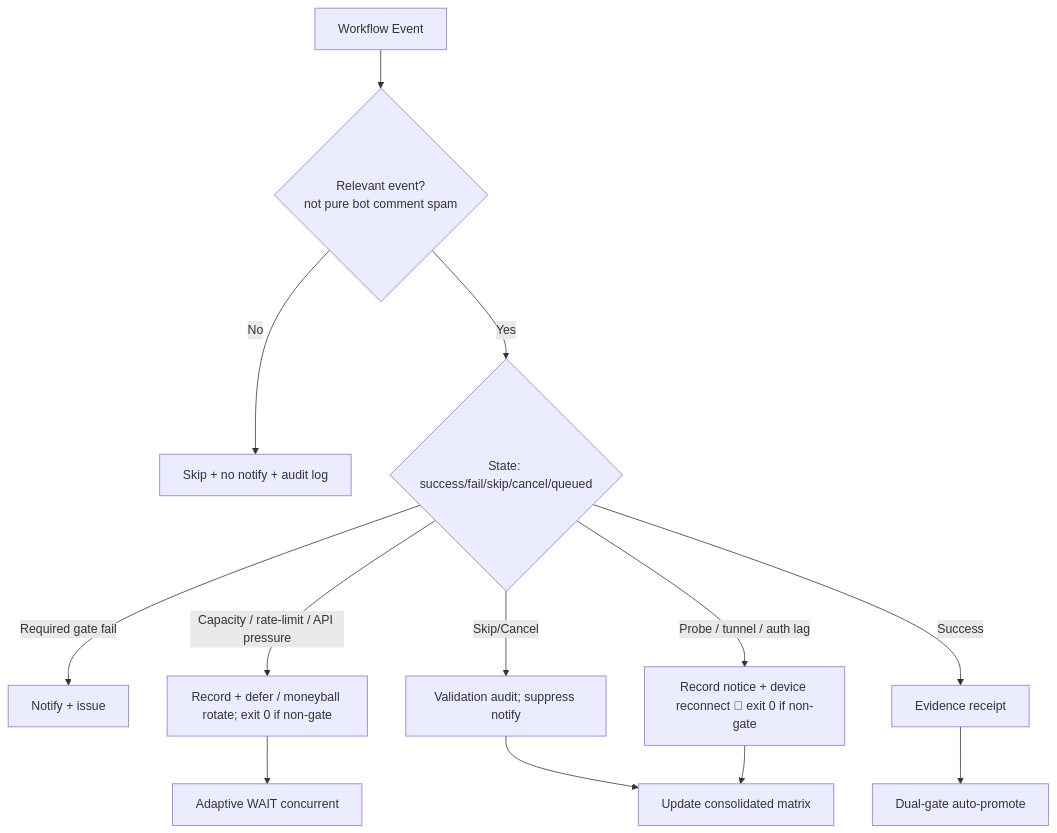
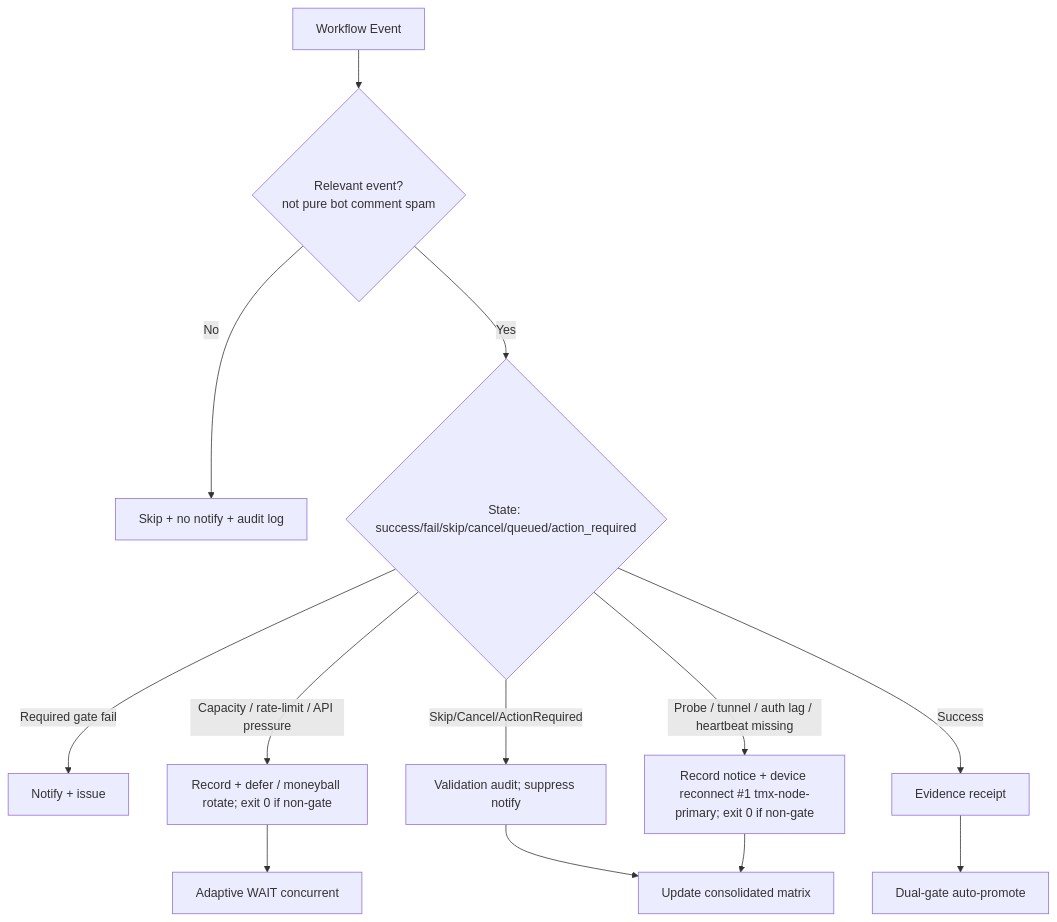
The diagram in docs/ops/ACTIONS-CONSOLIDATED-MATRIX-2026-10-21.md (timerloggedout-spec/termux-monorepo), drawn with Mermaid before and after one commit. The commit also changed other lines of this file, not shown here.

Commit message:
ops(matrix): live refresh 2026-10-24T16:00Z — Auth Canary heartbeat residual classified as device lag (exit 0 path), skip/action_required audits retained, Pinggy #1 requirement

````diff
--- a/docs/ops/ACTIONS-CONSOLIDATED-MATRIX-2026-10-21.md
+++ b/docs/ops/ACTIONS-CONSOLIDATED-MATRIX-2026-10-21.md
@@ -40,15 +40,15 @@
 ```mermaid
 flowchart TD
   Event[Workflow Event] --> Filter{Relevant event?<br/>not pure bot comment spam}
   Filter -->|No| Skip[Skip + no notify + audit log]
-  Filter -->|Yes| Classify{State: success/fail/skip/cancel/queued}
+  Filter -->|Yes| Classify{State: success/fail/skip/cancel/queued/action_required}
   Classify -->|Required gate fail| Alert[Notify + issue]
   Classify -->|Capacity / rate-limit / API pressure| Quota[Record + defer / moneyball rotate; exit 0 if non-gate]
-  Classify -->|Skip/Cancel| Audit[Validation audit; suppress notify]
+  Classify -->|Skip/Cancel/ActionRequired| Audit[Validation audit; suppress notify]
   Classify -->|Success| Record[Evidence receipt]
-  Classify -->|Probe / tunnel / auth lag| Device[Record notice + device reconnect #1; exit 0 if non-gate]
+  Classify -->|Probe / tunnel / auth lag / heartbeat missing| Device[Record notice + device reconnect #1 tmx-node-primary; exit 0 if non-gate]
   Quota --> Wait[Adaptive WAIT concurrent]
   Audit --> Matrix[Update consolidated matrix]
   Record --> Promote[Dual-gate auto-promote]
   Device --> Matrix
 ```
````
